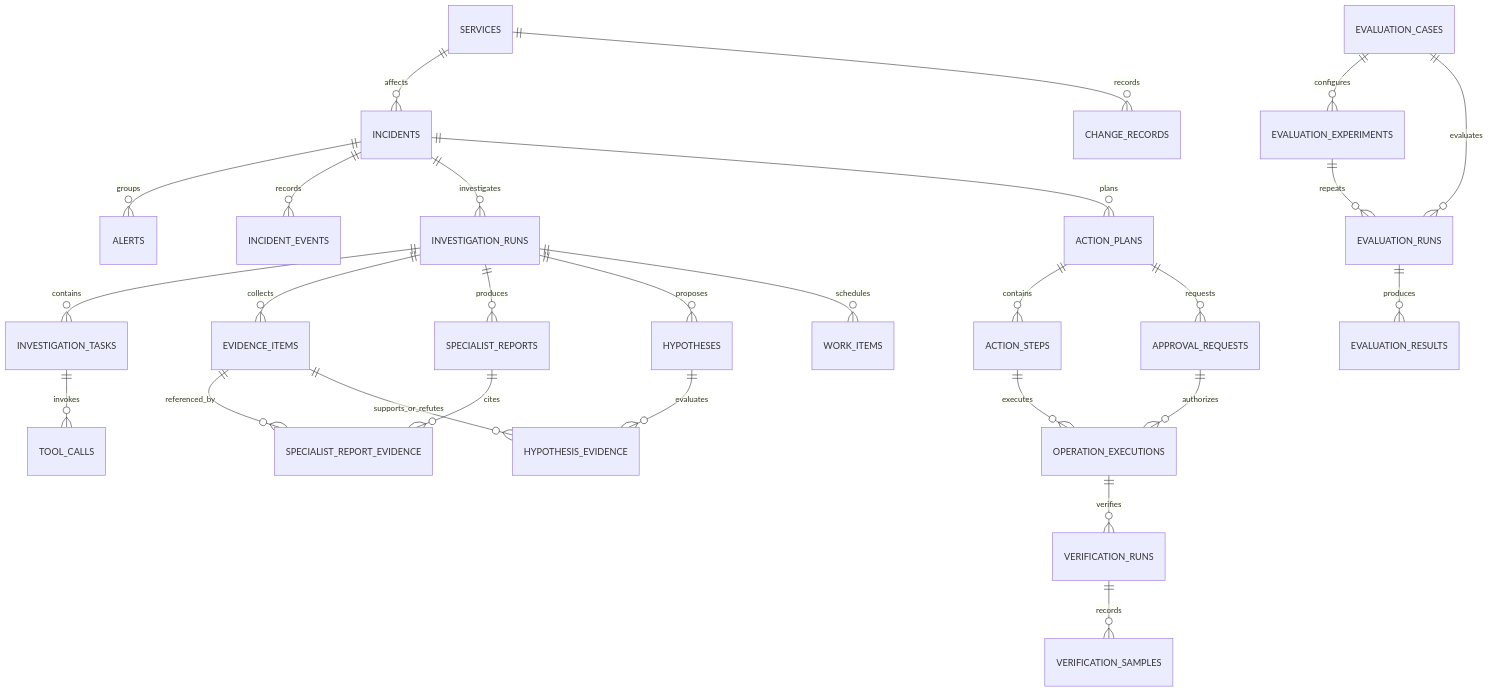
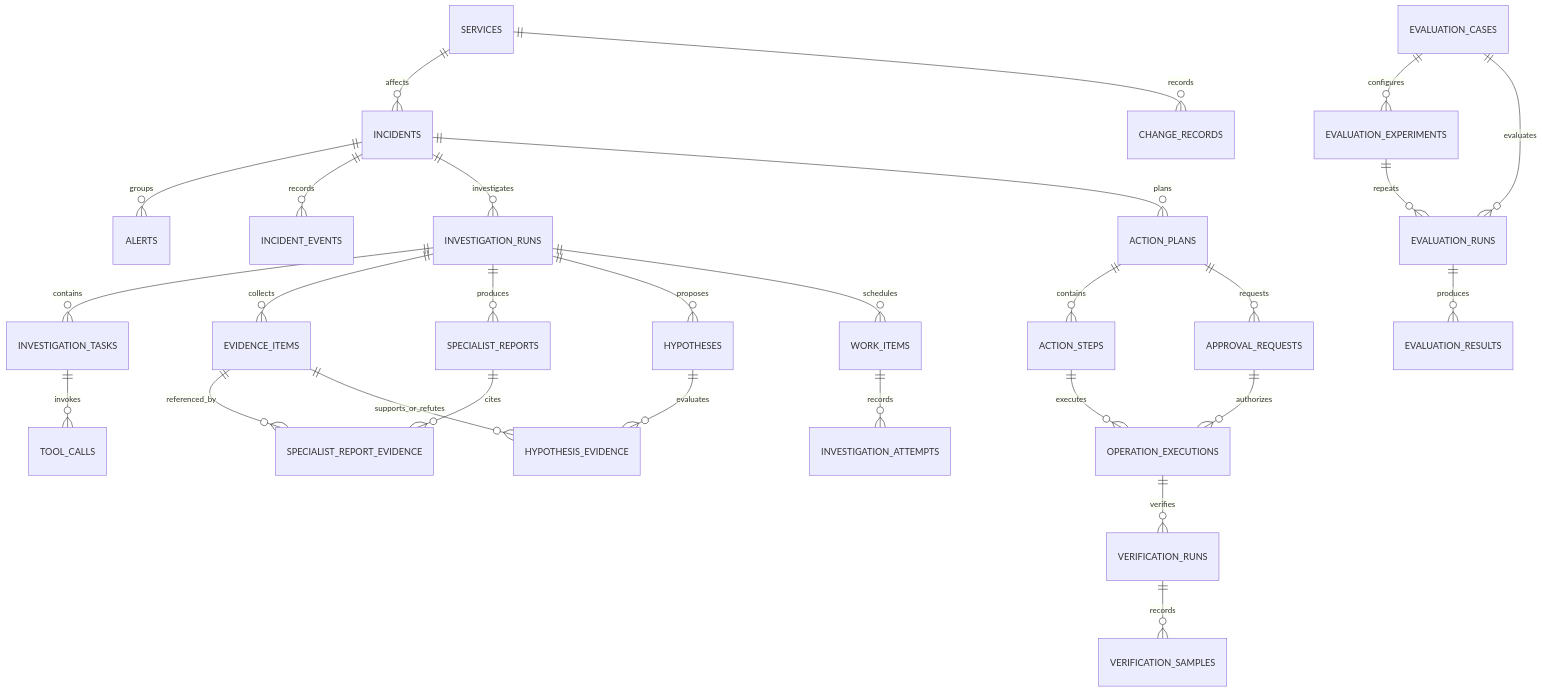
Before and after one commit to kill-t/ops-swarm: the first of 3 diagrams in docs/architecture/04-database-design.md, drawn with Mermaid. The commit also changed other lines of this file and 29 other files, not shown here.

````diff
--- a/docs/architecture/04-database-design.md
+++ b/docs/architecture/04-database-design.md
@@ -26,29 +26,30 @@
 ```mermaid
 erDiagram
     SERVICES ||--o{ INCIDENTS : affects
     INCIDENTS ||--o{ ALERTS : groups
     INCIDENTS ||--o{ INCIDENT_EVENTS : records
     SERVICES ||--o{ CHANGE_RECORDS : records
     INCIDENTS ||--o{ INVESTIGATION_RUNS : investigates
     INVESTIGATION_RUNS ||--o{ INVESTIGATION_TASKS : contains
     INVESTIGATION_TASKS ||--o{ TOOL_CALLS : invokes
     INVESTIGATION_RUNS ||--o{ EVIDENCE_ITEMS : collects
     INVESTIGATION_RUNS ||--o{ SPECIALIST_REPORTS : produces
     SPECIALIST_REPORTS ||--o{ SPECIALIST_REPORT_EVIDENCE : cites
     EVIDENCE_ITEMS ||--o{ SPECIALIST_REPORT_EVIDENCE : referenced_by
     INVESTIGATION_RUNS ||--o{ HYPOTHESES : proposes
     HYPOTHESES ||--o{ HYPOTHESIS_EVIDENCE : evaluates
     EVIDENCE_ITEMS ||--o{ HYPOTHESIS_EVIDENCE : supports_or_refutes
     INCIDENTS ||--o{ ACTION_PLANS : plans
     ACTION_PLANS ||--o{ ACTION_STEPS : contains
     ACTION_PLANS ||--o{ APPROVAL_REQUESTS : requests
     ACTION_STEPS ||--o{ OPERATION_EXECUTIONS : executes
     APPROVAL_REQUESTS ||--o{ OPERATION_EXECUTIONS : authorizes
     OPERATION_EXECUTIONS ||--o{ VERIFICATION_RUNS : verifies
     VERIFICATION_RUNS ||--o{ VERIFICATION_SAMPLES : records
     INVESTIGATION_RUNS ||--o{ WORK_ITEMS : schedules
+    WORK_ITEMS ||--o{ INVESTIGATION_ATTEMPTS : records
     EVALUATION_CASES ||--o{ EVALUATION_EXPERIMENTS : configures
     EVALUATION_EXPERIMENTS ||--o{ EVALUATION_RUNS : repeats
     EVALUATION_CASES ||--o{ EVALUATION_RUNS : evaluates
     EVALUATION_RUNS ||--o{ EVALUATION_RESULTS : produces
 ```
````
